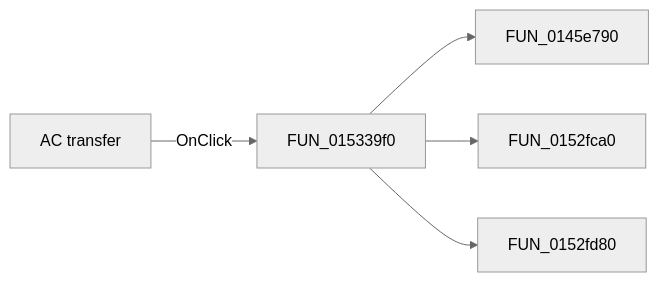
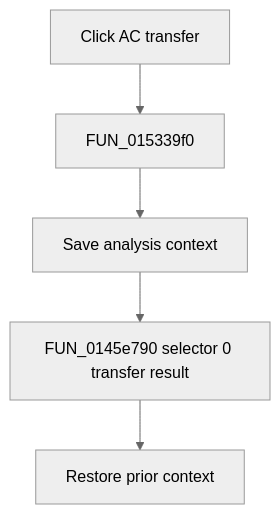
Before and after one commit to MovGP0/TIARA: the diagram in docs/ui-controls/netlisteditor/miactransfer-a0e663d77f.md, drawn with Mermaid (neutral theme). The commit also changed other lines of this file and 1062 other files, not shown here.

````diff
--- a/docs/ui-controls/netlisteditor/miactransfer-a0e663d77f.md
+++ b/docs/ui-controls/netlisteditor/miactransfer-a0e663d77f.md
@@ -27,7 +29,7 @@
 ```mermaid
-flowchart LR
-    control["AC transfer"] -->|OnClick| handler["FUN_015339f0"]
-    handler --> call1["FUN_0145e790"]
-    handler --> call2["FUN_0152fca0"]
-    handler --> call3["FUN_0152fd80"]
+flowchart TD
+    control["Click AC transfer"] --> handler["FUN_015339f0"]
+    handler --> prepare["Save analysis context"]
+    prepare --> action["FUN_0145e790 selector 0 transfer result"]
+    action --> restore["Restore prior context"]
 ```
````
